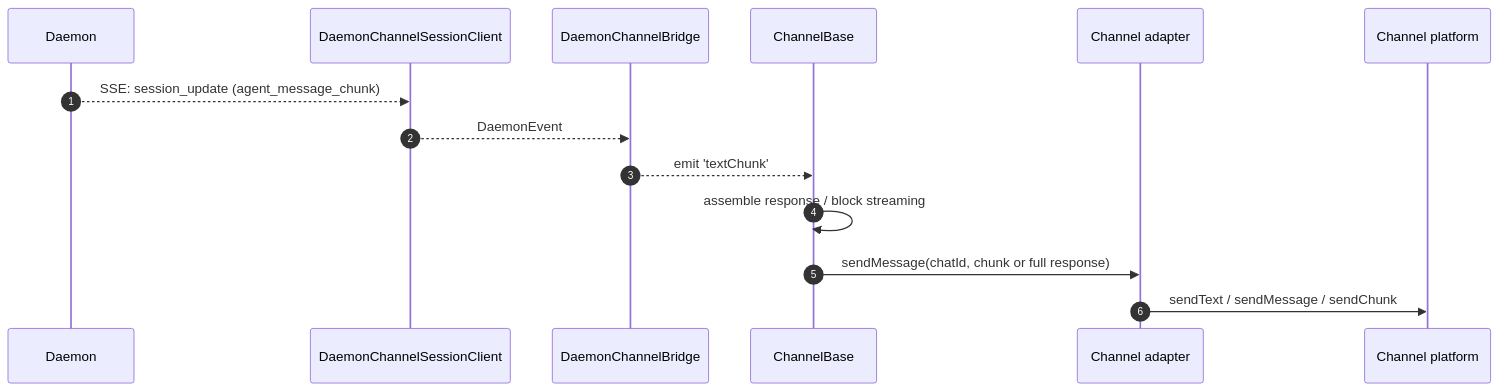
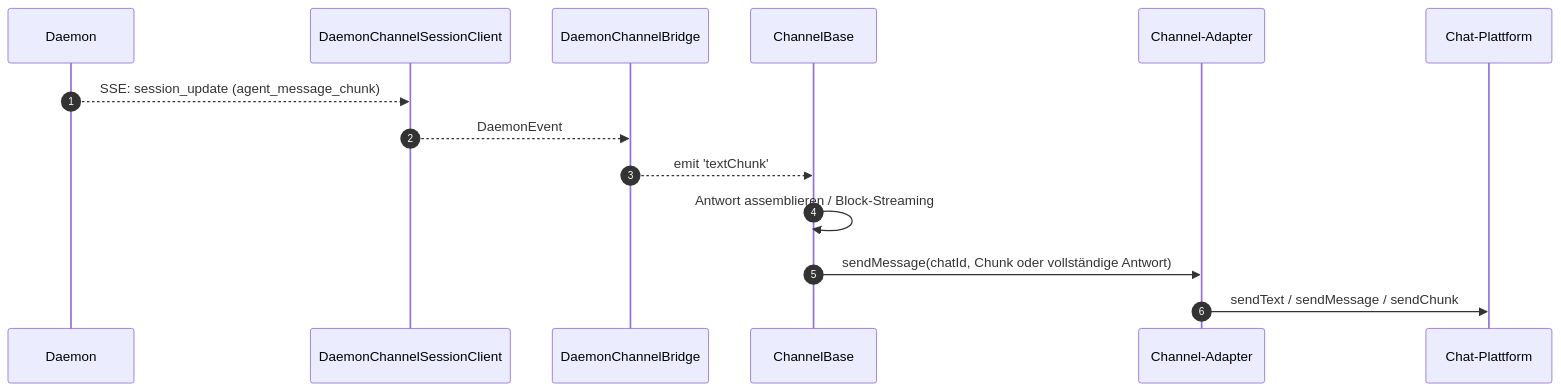
Before and after one commit to QwenLM/qwen-code-docs: the second of 3 diagrams in website/content/de/developers/daemon/15-channel-adapters.md, drawn with Mermaid. The commit also changed other lines of this file and 128 other files, not shown here.

````diff
--- a/website/content/de/developers/daemon/15-channel-adapters.md
+++ b/website/content/de/developers/daemon/15-channel-adapters.md
@@ -116,17 +120,17 @@
 ```mermaid
 sequenceDiagram
     autonumber
     participant D as Daemon
     participant SC as DaemonChannelSessionClient
     participant BR as DaemonChannelBridge
     participant CB as ChannelBase
-    participant AD as Channel adapter
-    participant CH as Channel platform
+    participant AD as Channel-Adapter
+    participant CH as Chat-Plattform
 
     D-->>SC: SSE: session_update (agent_message_chunk)
     SC-->>BR: DaemonEvent
     BR-->>CB: emit 'textChunk'
-    CB->>CB: assemble response / block streaming
-    CB->>AD: sendMessage(chatId, chunk or full response)
+    CB->>CB: Antwort assemblieren / Block-Streaming
+    CB->>AD: sendMessage(chatId, Chunk oder vollständige Antwort)
     AD->>CH: sendText / sendMessage / sendChunk
 ```
````
